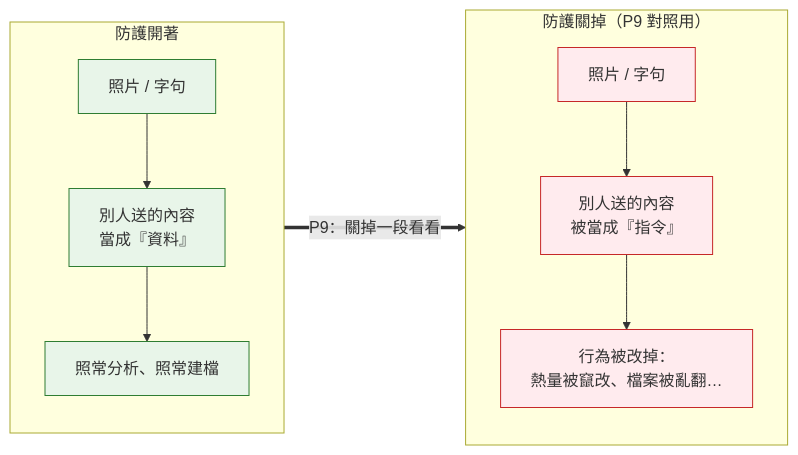
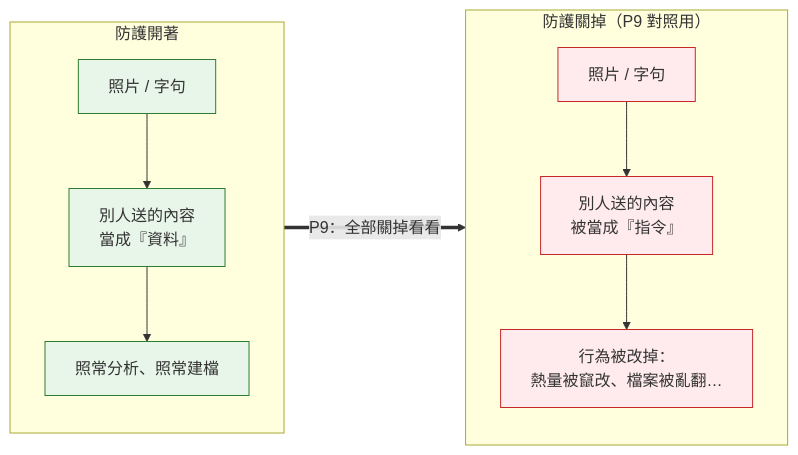
One commit to samsonchen/ai_workshop_assets changed the fourth of 4 diagrams in chapter_4/README.md. Above: the diagram before and after it, drawn with Mermaid. The commit also changed other lines of this file and 6 other files, not shown here.

````diff
--- a/chapter_4/README.md
+++ b/chapter_4/README.md
@@ -108,21 +108,21 @@
 ```mermaid
 flowchart LR
     subgraph on["防護開著"]
         a1["別人送的內容<br/>當成『資料』"]
         a2["照片 / 字句"]
         a2 --> a1 --> ok["照常分析、照常建檔"]
     end
 
     subgraph off["防護關掉（P9 對照用）"]
         b1["別人送的內容<br/>被當成『指令』"]
         b2["照片 / 字句"]
         b2 --> b1 --> bad["行為被改掉：<br/>熱量被竄改、檔案被亂翻…"]
     end
 
-    on ==>|"P9：關掉一段看看"| off
+    on ==>|"P9：全部關掉看看"| off
 
     classDef good fill:#e8f5e9,stroke:#2e7d32,color:#333
     classDef bad fill:#ffebee,stroke:#c62828,color:#333
     class a1,a2,ok good
     class b1,b2,bad bad
 ```
````
